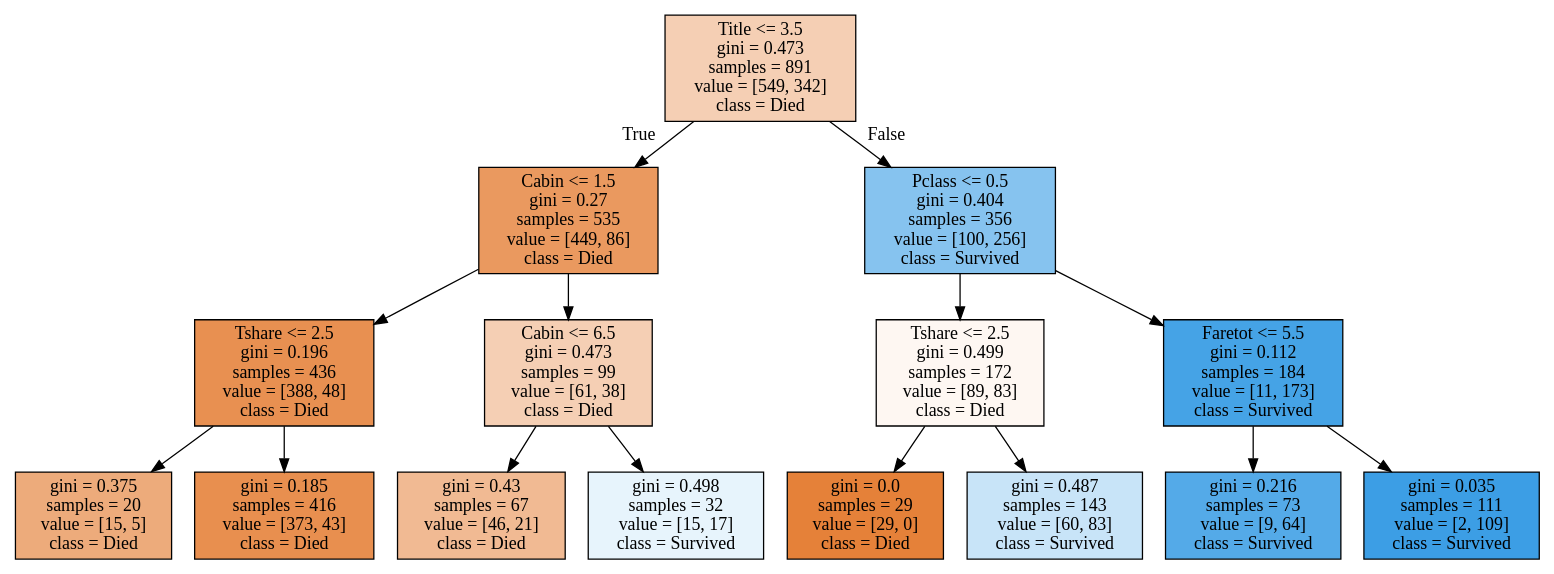
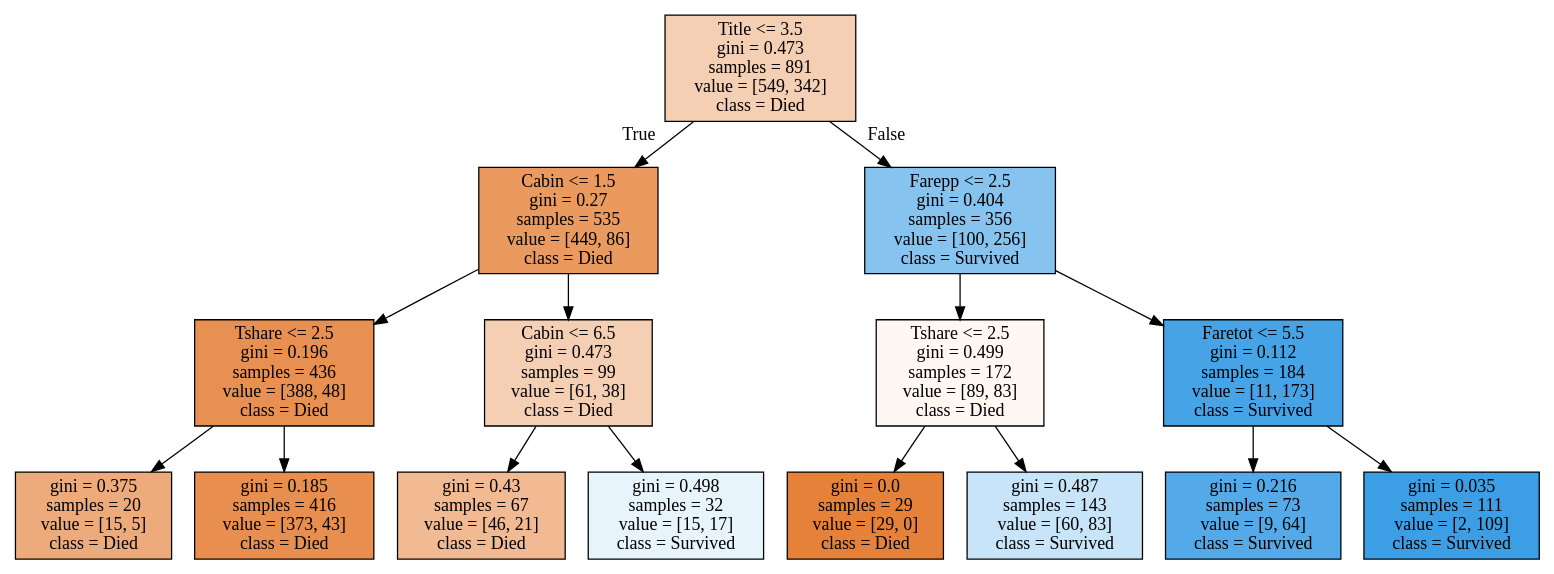
One commit to jack89roberts/kaggle-titanic changed the diagram in tree.dot. Above: the diagram before and after it, drawn with Graphviz. The commit also changed 2 other files, not shown here.

```diff
--- a/tree.dot
+++ b/tree.dot
@@ -1,32 +1,32 @@
 digraph Tree {
 node [shape=box, style="filled", color="black"] ;
 0 [label="Title <= 3.5\ngini = 0.473\nsamples = 891\nvalue = [549, 342]\nclass = Died", fillcolor="#e5813960"] ;
 1 [label="Cabin <= 1.5\ngini = 0.27\nsamples = 535\nvalue = [449, 86]\nclass = Died", fillcolor="#e58139ce"] ;
 0 -> 1 [labeldistance=2.5, labelangle=45, headlabel="True"] ;
 2 [label="Tshare <= 2.5\ngini = 0.196\nsamples = 436\nvalue = [388, 48]\nclass = Died", fillcolor="#e58139df"] ;
 1 -> 2 ;
 3 [label="gini = 0.375\nsamples = 20\nvalue = [15, 5]\nclass = Died", fillcolor="#e58139aa"] ;
 2 -> 3 ;
 4 [label="gini = 0.185\nsamples = 416\nvalue = [373, 43]\nclass = Died", fillcolor="#e58139e2"] ;
 2 -> 4 ;
 5 [label="Cabin <= 6.5\ngini = 0.473\nsamples = 99\nvalue = [61, 38]\nclass = Died", fillcolor="#e5813960"] ;
 1 -> 5 ;
 6 [label="gini = 0.43\nsamples = 67\nvalue = [46, 21]\nclass = Died", fillcolor="#e581398b"] ;
 5 -> 6 ;
 7 [label="gini = 0.498\nsamples = 32\nvalue = [15, 17]\nclass = Survived", fillcolor="#399de51e"] ;
 5 -> 7 ;
-8 [label="Pclass <= 0.5\ngini = 0.404\nsamples = 356\nvalue = [100, 256]\nclass = Survived", fillcolor="#399de59b"] ;
+8 [label="Farepp <= 2.5\ngini = 0.404\nsamples = 356\nvalue = [100, 256]\nclass = Survived", fillcolor="#399de59b"] ;
 0 -> 8 [labeldistance=2.5, labelangle=-45, headlabel="False"] ;
 9 [label="Tshare <= 2.5\ngini = 0.499\nsamples = 172\nvalue = [89, 83]\nclass = Died", fillcolor="#e5813911"] ;
 8 -> 9 ;
 10 [label="gini = 0.0\nsamples = 29\nvalue = [29, 0]\nclass = Died", fillcolor="#e58139ff"] ;
 9 -> 10 ;
 11 [label="gini = 0.487\nsamples = 143\nvalue = [60, 83]\nclass = Survived", fillcolor="#399de547"] ;
 9 -> 11 ;
 12 [label="Faretot <= 5.5\ngini = 0.112\nsamples = 184\nvalue = [11, 173]\nclass = Survived", fillcolor="#399de5ef"] ;
 8 -> 12 ;
 13 [label="gini = 0.216\nsamples = 73\nvalue = [9, 64]\nclass = Survived", fillcolor="#399de5db"] ;
 12 -> 13 ;
 14 [label="gini = 0.035\nsamples = 111\nvalue = [2, 109]\nclass = Survived", fillcolor="#399de5fa"] ;
 12 -> 14 ;
 }
```
